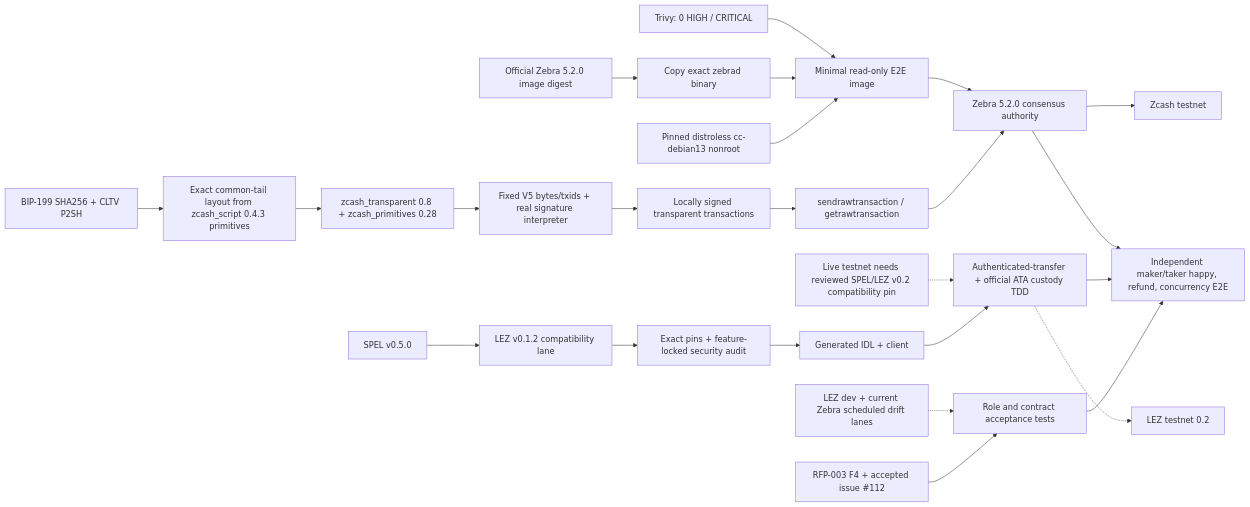
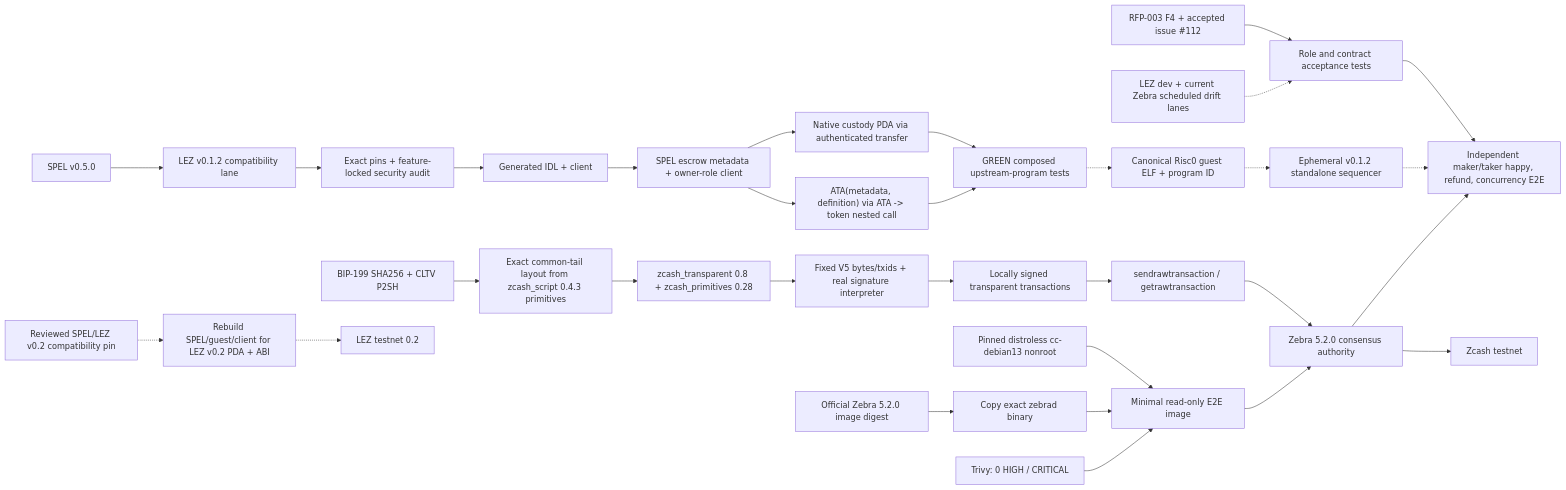
One commit to gateway-fm/lez-atomic-swaps changed the diagram in docs/architecture/0014-zec-m2-implementation-pins.md. Above: the diagram before and after it, drawn with Mermaid. The commit also changed other lines of this file and 7 other files, not shown here.

Commit message:
feat: correct M2 LEZ custody composition

````diff
--- a/docs/architecture/0014-zec-m2-implementation-pins.md
+++ b/docs/architecture/0014-zec-m2-implementation-pins.md
@@ -5,26 +5,32 @@
 ```mermaid
 flowchart LR
     Contract["RFP-003 F4 + accepted issue #112"] --> Tests["Role and contract acceptance tests"]
     BIP["BIP-199 SHA256 + CLTV P2SH"] --> Script["Exact common-tail layout from zcash_script 0.4.3 primitives"]
     Script --> Tx["zcash_transparent 0.8 + zcash_primitives 0.28"]
     Tx --> TxVectors["Fixed V5 bytes/txids + real signature interpreter"]
     TxVectors --> Raw["Locally signed transparent transactions"]
     Raw --> RPC["sendrawtransaction / getrawtransaction"]
     RPC --> Zebra["Zebra 5.2.0 consensus authority"]
     Official["Official Zebra 5.2.0 image digest"] --> Binary["Copy exact zebrad binary"]
     Distroless["Pinned distroless cc-debian13 nonroot"] --> Runtime["Minimal read-only E2E image"]
     Binary --> Runtime
     Scan["Trivy: 0 HIGH / CRITICAL"] --> Runtime
     Runtime --> Zebra
     Zebra --> ZTest["Zcash testnet"]
     SPEL["SPEL v0.5.0"] --> Compat["LEZ v0.1.2 compatibility lane"]
     Compat --> CompatAudit["Exact pins + feature-locked security audit"]
     CompatAudit --> IDL["Generated IDL + client"]
-    IDL --> Escrow["Authenticated-transfer + official ATA custody TDD"]
-    Native["Live testnet needs reviewed SPEL/LEZ v0.2 compatibility pin"] -.-> Escrow
-    Escrow -.-> LezTest["LEZ testnet 0.2"]
+    IDL --> Escrow["SPEL escrow metadata + owner-role client"]
+    Escrow --> NativeCustody["Native custody PDA via authenticated transfer"]
+    Escrow --> TokenCustody["ATA(metadata, definition) via ATA -> token nested call"]
+    NativeCustody --> LocalProof["GREEN composed upstream-program tests"]
+    TokenCustody --> LocalProof
+    LocalProof -.-> Guest["Canonical Risc0 guest ELF + program ID"]
+    Guest -.-> LocalSeq["Ephemeral v0.1.2 standalone sequencer"]
+    Port["Rebuild SPEL/guest/client for LEZ v0.2 PDA + ABI"] -.-> LezTest["LEZ testnet 0.2"]
+    Native["Reviewed SPEL/LEZ v0.2 compatibility pin"] -.-> Port
     Drift["LEZ dev + current Zebra scheduled drift lanes"] -.-> Tests
     Tests --> Roles["Independent maker/taker happy, refund, concurrency E2E"]
-    Escrow --> Roles
+    LocalSeq -.-> Roles
     Zebra --> Roles
 ```
````
